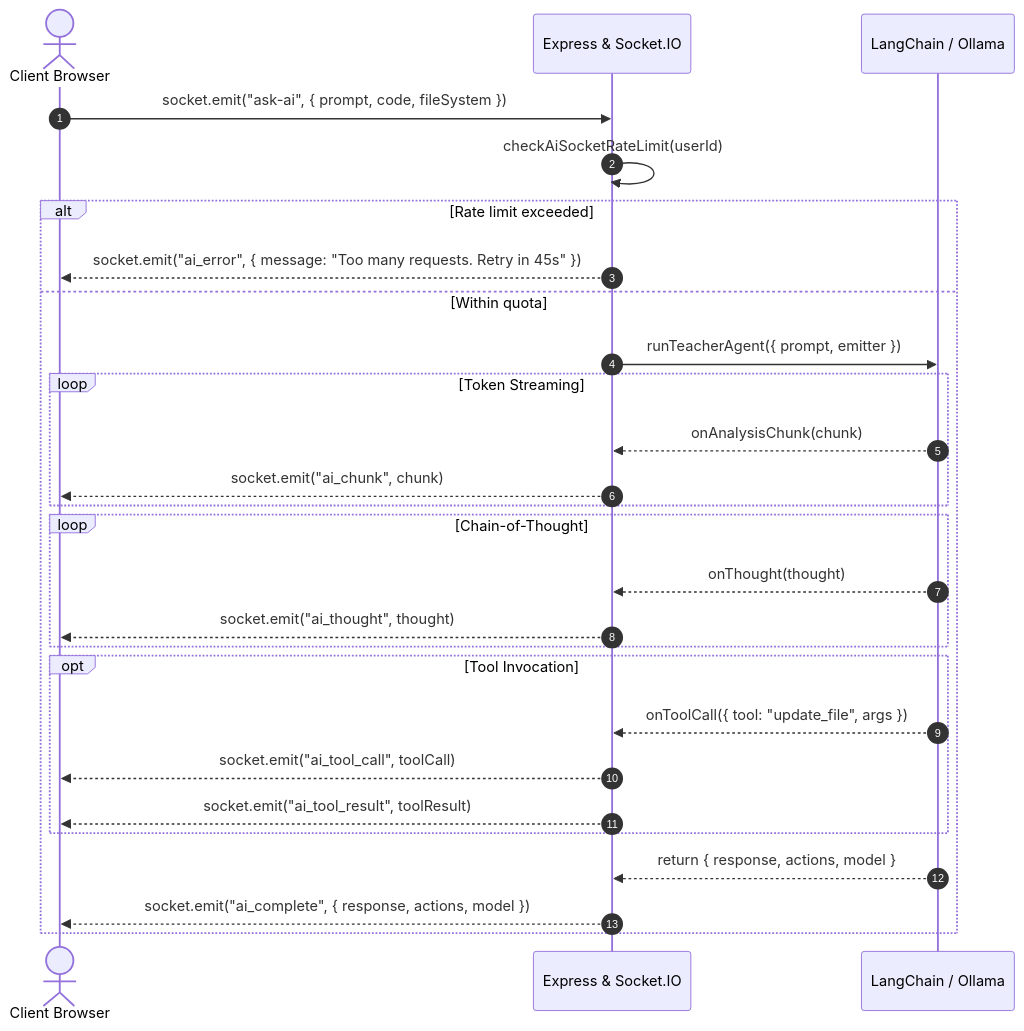
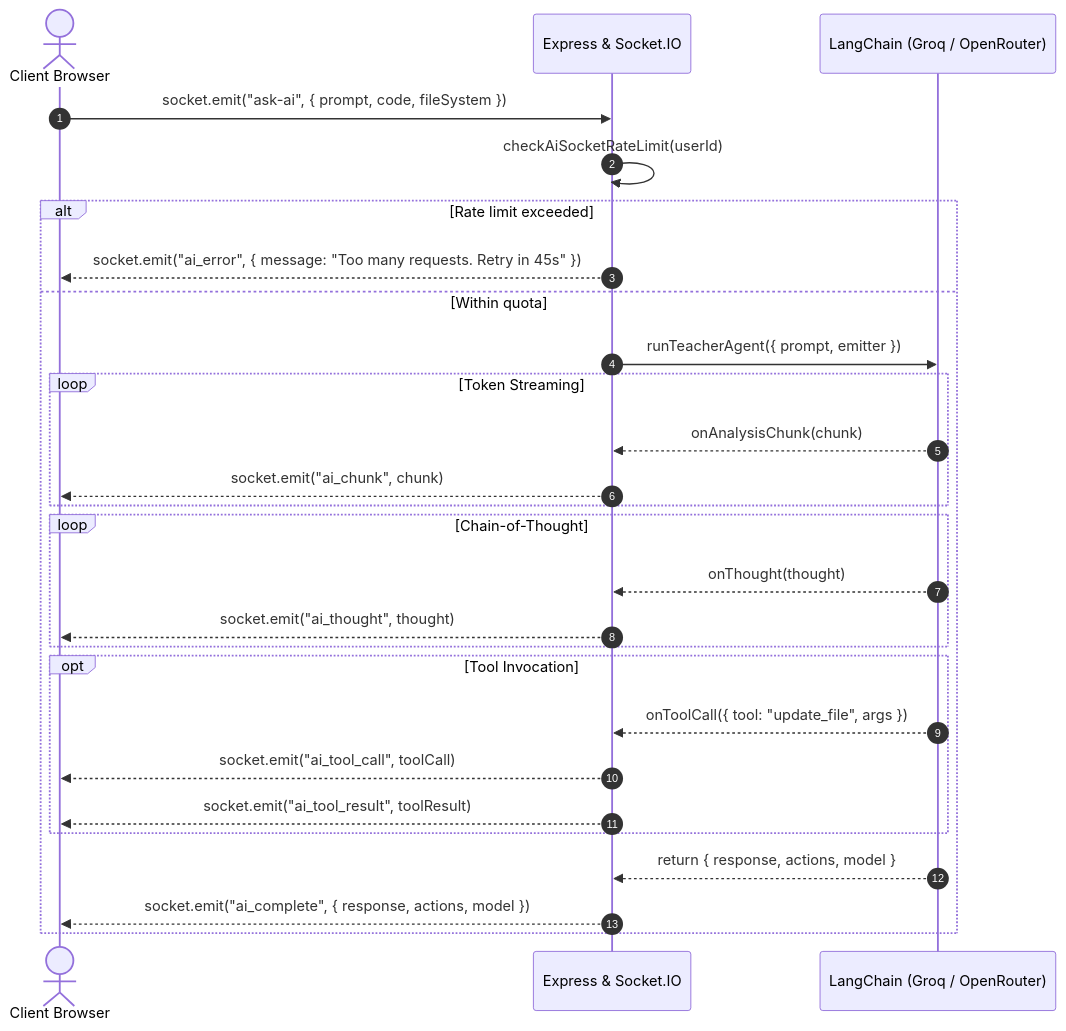
The diagram in README.md (niteshxedev-byte/codeEditor), drawn with Mermaid before and after one commit. The commit also changed other lines of this file and 7 other files, not shown here.

````diff
--- a/README.md
+++ b/README.md
@@ -486,30 +486,30 @@
 ```mermaid
 sequenceDiagram
     autonumber
     actor User as Client Browser
     participant Server as Express & Socket.IO
-    participant AI as LangChain / Ollama
+    participant AI as LangChain (Groq / OpenRouter)
 
     User->>Server: socket.emit("ask-ai", { prompt, code, fileSystem })
     Server->>Server: checkAiSocketRateLimit(userId)
     alt Rate limit exceeded
         Server-->>User: socket.emit("ai_error", { message: "Too many requests. Retry in 45s" })
     else Within quota
         Server->>AI: runTeacherAgent({ prompt, emitter })
         loop Token Streaming
             AI-->>Server: onAnalysisChunk(chunk)
             Server-->>User: socket.emit("ai_chunk", chunk)
         end
         loop Chain-of-Thought
             AI-->>Server: onThought(thought)
             Server-->>User: socket.emit("ai_thought", thought)
         end
         opt Tool Invocation
             AI-->>Server: onToolCall({ tool: "update_file", args })
             Server-->>User: socket.emit("ai_tool_call", toolCall)
             Server-->>User: socket.emit("ai_tool_result", toolResult)
         end
         AI-->>Server: return { response, actions, model }
         Server-->>User: socket.emit("ai_complete", { response, actions, model })
     end
 ```
````
